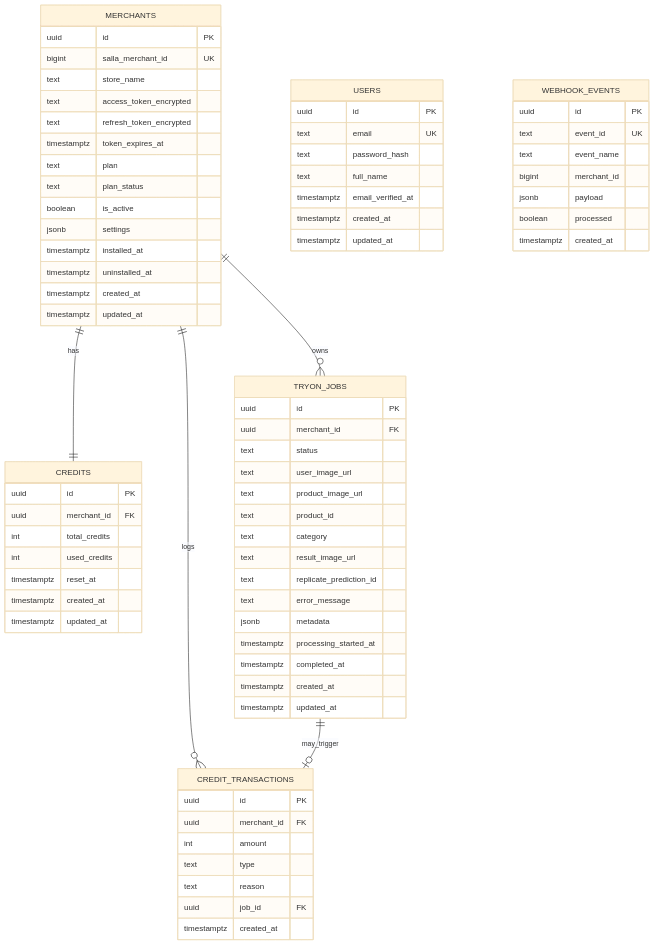
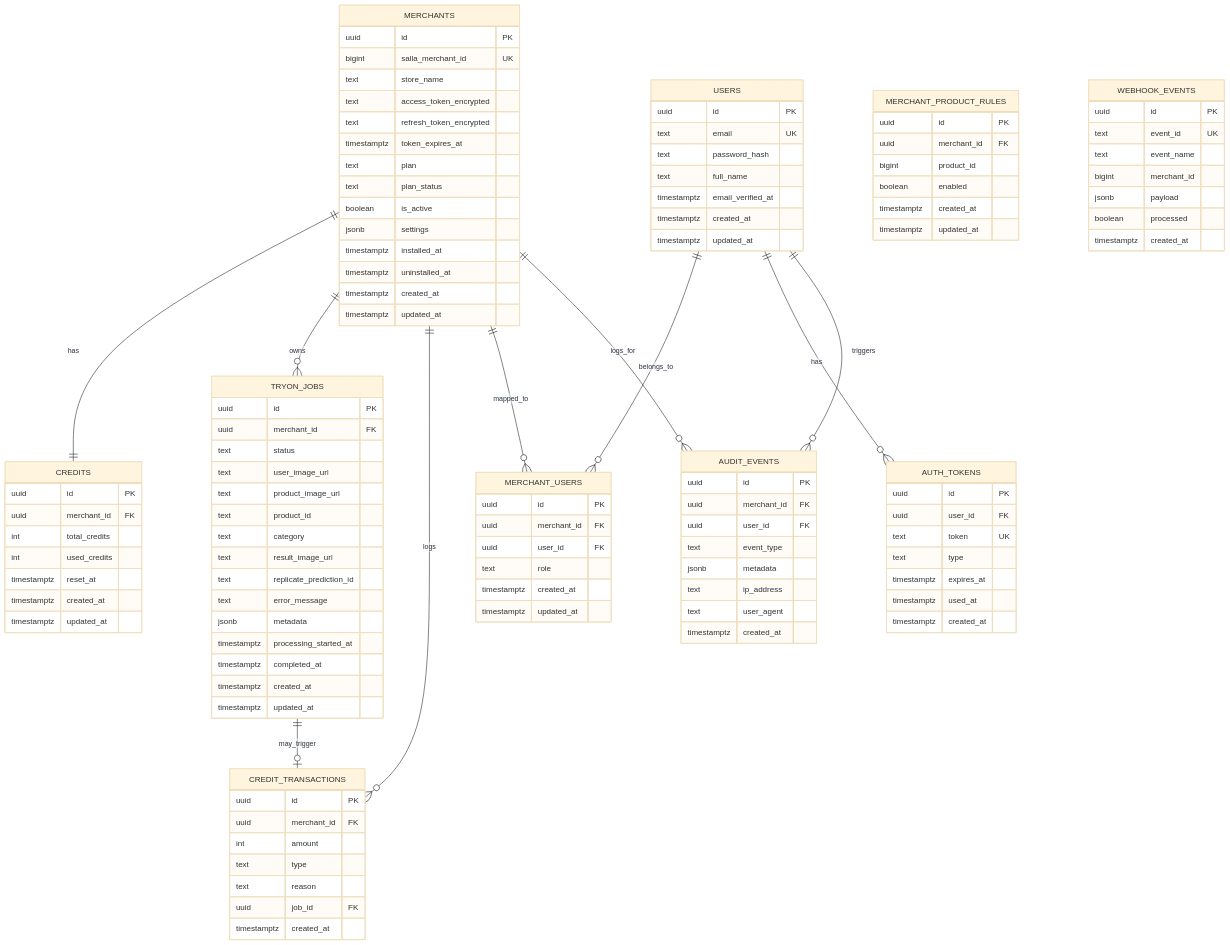
Before and after one commit to mohamed-shahien/salla-vtryon: the diagram in docs/02-architecture/erd-virtual-tryon.md, drawn with Mermaid (base theme). The commit also changed other lines of this file and 6 other files, not shown here.

````diff
--- a/docs/02-architecture/erd-virtual-tryon.md
+++ b/docs/02-architecture/erd-virtual-tryon.md
@@ -36,6 +36,11 @@
     MERCHANTS ||--|| CREDITS : has
     MERCHANTS ||--o{ TRYON_JOBS : owns
     MERCHANTS ||--o{ CREDIT_TRANSACTIONS : logs
+    MERCHANTS ||--o{ MERCHANT_USERS : mapped_to
+    USERS ||--o{ MERCHANT_USERS : belongs_to
+    USERS ||--o{ AUTH_TOKENS : has
+    USERS ||--o{ AUDIT_EVENTS : triggers
+    MERCHANTS ||--o{ AUDIT_EVENTS : logs_for
     TRYON_JOBS ||--o| CREDIT_TRANSACTIONS : may_trigger
 
     MERCHANTS {
@@ -51,6 +56,15 @@
         jsonb settings
         timestamptz installed_at
         timestamptz uninstalled_at
+        timestamptz created_at
+        timestamptz updated_at
+    }
+
+    MERCHANT_PRODUCT_RULES {
+        uuid id PK
+        uuid merchant_id FK
+        bigint product_id
+        boolean enabled
         timestamptz created_at
         timestamptz updated_at
     }
@@ -71,6 +85,15 @@
         text password_hash
         text full_name
         timestamptz email_verified_at
+        timestamptz created_at
+        timestamptz updated_at
+    }
+
+    MERCHANT_USERS {
+        uuid id PK
+        uuid merchant_id FK
+        uuid user_id FK
+        text role
         timestamptz created_at
         timestamptz updated_at
     }
@@ -112,4 +135,25 @@
         uuid job_id FK
         timestamptz created_at
     }
+
+    AUTH_TOKENS {
+        uuid id PK
+        uuid user_id FK
+        text token UK
+        text type
+        timestamptz expires_at
+        timestamptz used_at
+        timestamptz created_at
+    }
+
+    AUDIT_EVENTS {
+        uuid id PK
+        uuid merchant_id FK
+        uuid user_id FK
+        text event_type
+        jsonb metadata
+        text ip_address
+        text user_agent
+        timestamptz created_at
+    }
 ```
````
